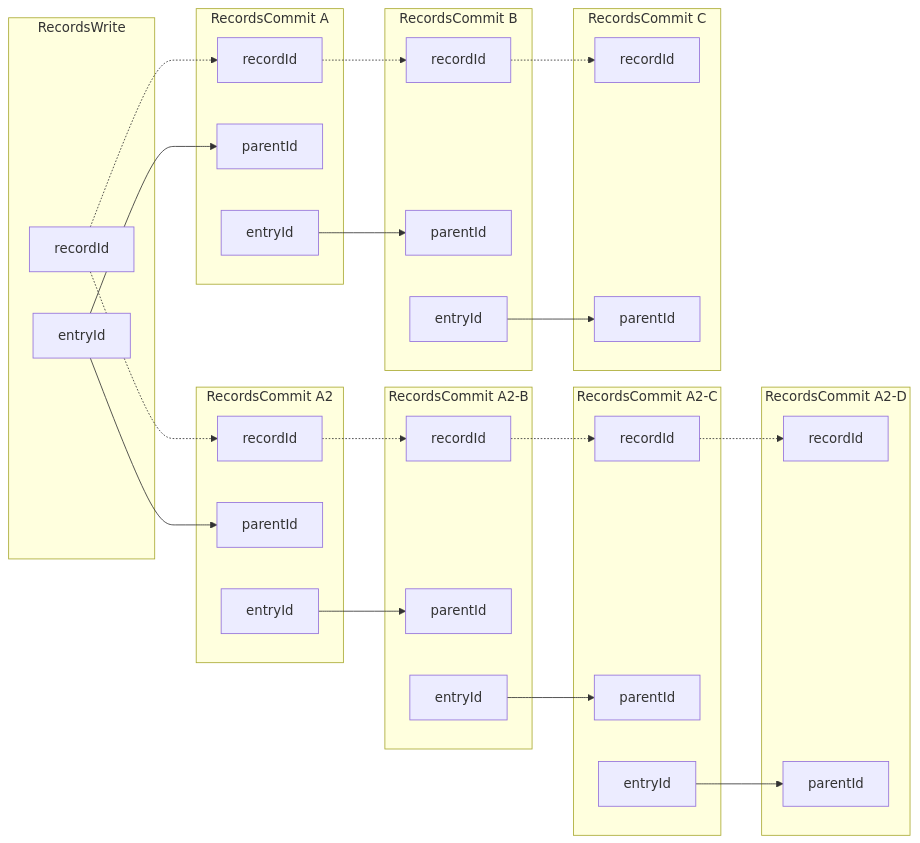
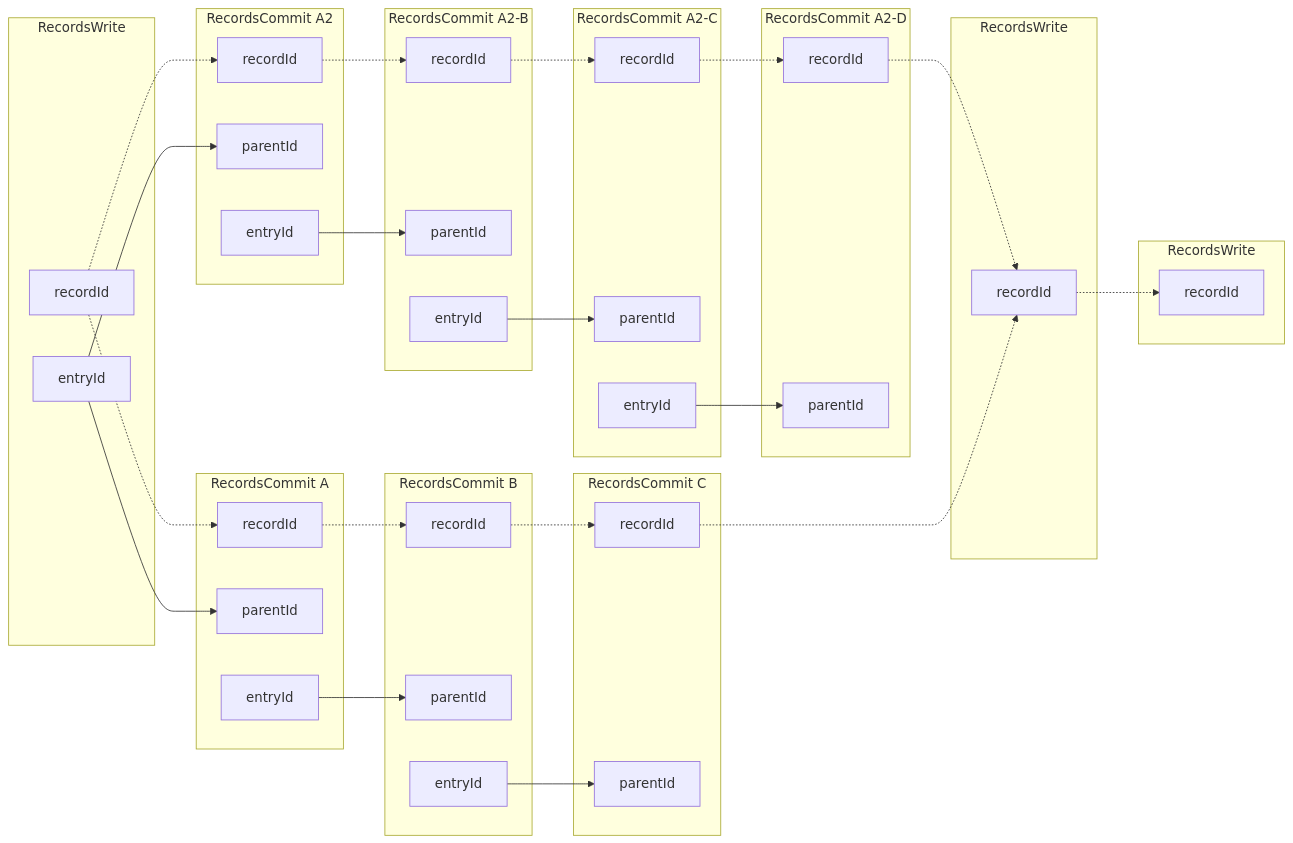
One commit to TBD54566975/technical-proposals changed the second of 2 diagrams in tp027/README.md. Above: the diagram before and after it, drawn with Mermaid. The commit also changed other lines of this file, not shown here.

````diff
--- a/tp027/README.md
+++ b/tp027/README.md
@@ -85,42 +83,48 @@
 ```mermaid
   graph LR;
+  subgraph RecordsWrite_C[RecordsWrite]
+    recordId_Write_C[recordId]
+  end
+  subgraph RecordsWrite_B[RecordsWrite]
+    recordId_Write_B[recordId] -.-> recordId_Write_C
+  end
   subgraph RecordsCommit_A2D[RecordsCommit A2-D]
-    recordId_Commit_A2D[recordId]
+    recordId_Commit_A2D[recordId] -.-> recordId_Write_B
     parentId_Commit_A2D[parentId]
   end
   subgraph RecordsCommit_A2C[RecordsCommit A2-C]
     recordId_Commit_A2C[recordId] -.-> recordId_Commit_A2D
     parentId_Commit_A2C[parentId]
     entryId_Commit_A2C[entryId] --> parentId_Commit_A2D
   end
   subgraph RecordsCommit_A2B[RecordsCommit A2-B]
     recordId_Commit_A2B[recordId] -.-> recordId_Commit_A2C
     parentId_Commit_A2B[parentId]
     entryId_Commit_A2B[entryId] --> parentId_Commit_A2C
   end
   subgraph RecordsCommit_A2[RecordsCommit A2]
     recordId_Commit_A2[recordId] -.-> recordId_Commit_A2B
     parentId_Commit_A2[parentId] 
     entryId_Commit_A2[entryId] --> parentId_Commit_A2B
   end
   subgraph RecordsCommit_C[RecordsCommit C]
-    recordId_Commit_C[recordId]
+    recordId_Commit_C[recordId] -.-> recordId_Write_B
     parentId_Commit_C[parentId]
   end
   subgraph RecordsCommit_B[RecordsCommit B]
     recordId_Commit_B[recordId] -.-> recordId_Commit_C
     parentId_Commit_B[parentId]
     entryId_Commit_B[entryId] --> parentId_Commit_C
   end
   subgraph RecordsCommit_A1[RecordsCommit A]
     recordId_Commit_A1[recordId] -.-> recordId_Commit_B
     parentId_Commit_A1[parentId]
     entryId_Commit_A1[entryId] --> parentId_Commit_B
   end
   subgraph RecordsWrite_A[RecordsWrite]
     recordId -.-> recordId_Commit_A1
     recordId -.-> recordId_Commit_A2
     entryId_Write_A[entryId] --> parentId_Commit_A1
     entryId_Write_A[entryId] --> parentId_Commit_A2
   end
 ```
````
